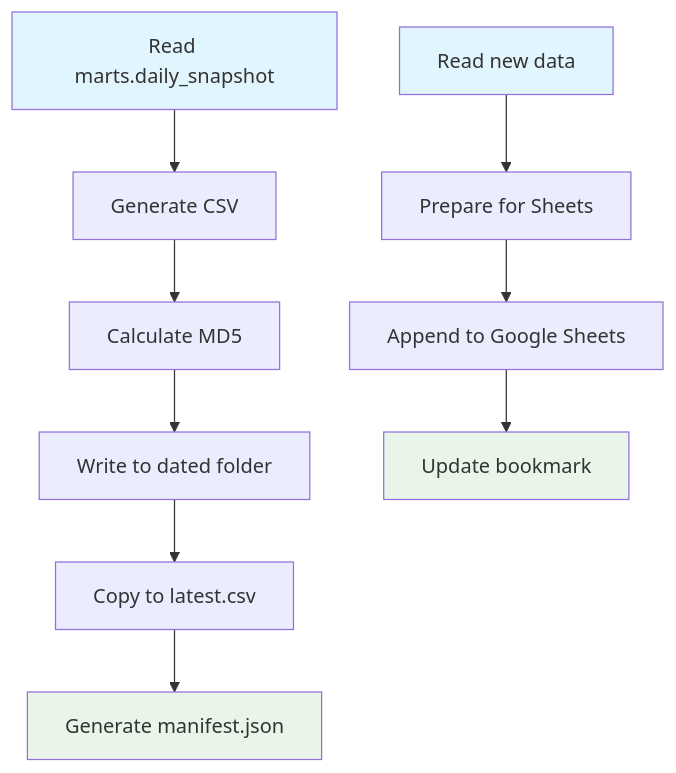
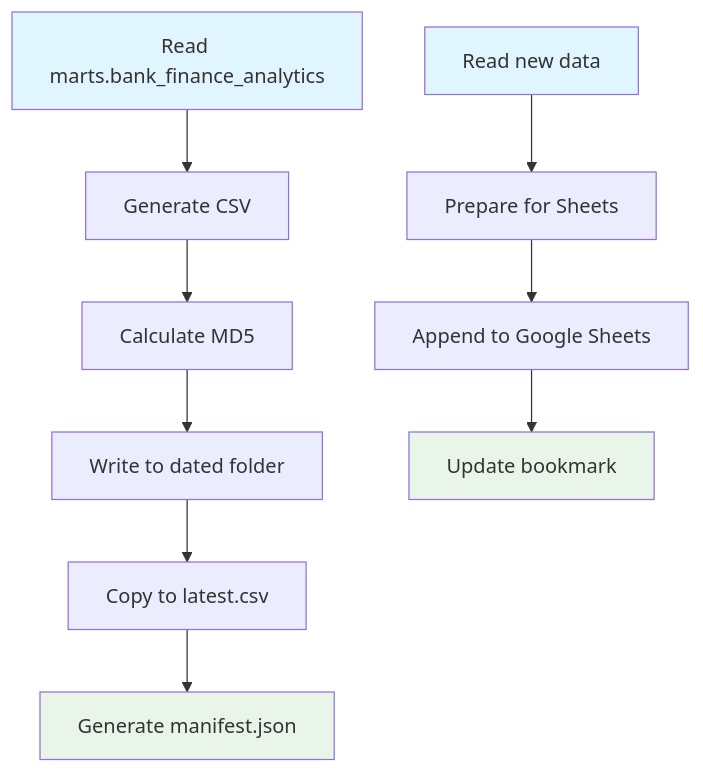
One commit to criscit/finance-analytics-pipeline changed the seventh of 9 diagrams in docs/docs/diagrams.md. Above: the diagram before and after it, drawn with Mermaid. The commit also changed other lines of this file and 36 other files, not shown here.

````diff
--- a/docs/docs/diagrams.md
+++ b/docs/docs/diagrams.md
@@ -203,17 +203,17 @@
 ```mermaid
 graph TD
-    A[Read marts.daily_snapshot] --> B[Generate CSV]
+    A[Read marts.bank_finance_analytics] --> B[Generate CSV]
     B --> C[Calculate MD5]
     C --> D[Write to dated folder]
     D --> E[Copy to latest.csv]
     E --> F[Generate manifest.json]
     
     G[Read new data] --> H[Prepare for Sheets]
     H --> I[Append to Google Sheets]
     I --> J[Update bookmark]
     
     style A fill:#e1f5fe
     style G fill:#e1f5fe
     style F fill:#e8f5e8
     style J fill:#e8f5e8
 ```
````
